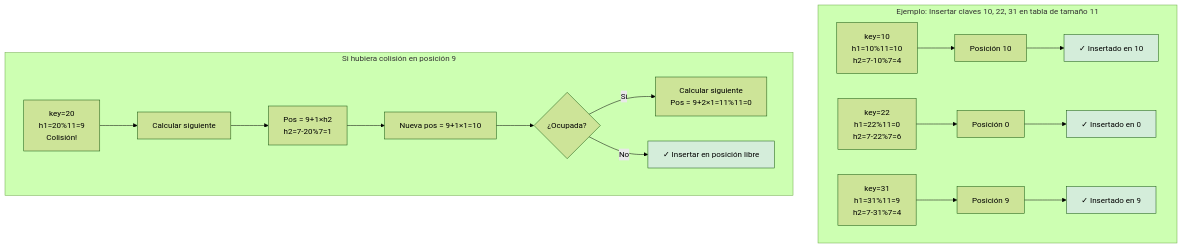
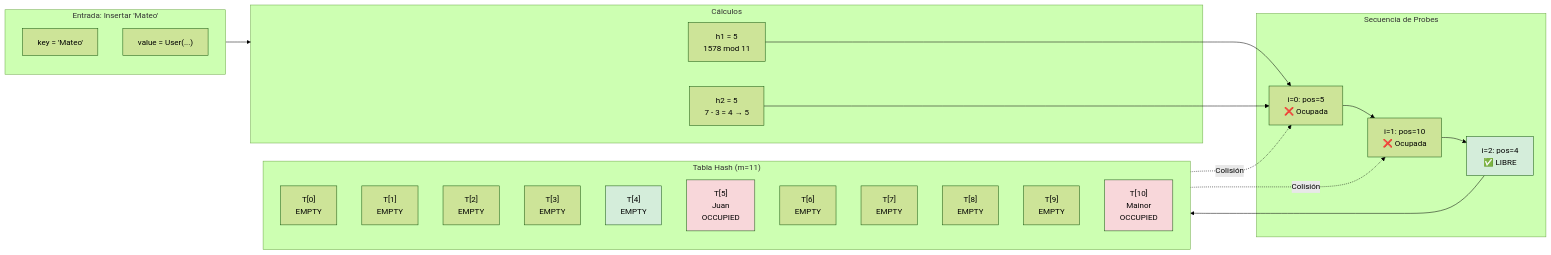
The third of 3 diagrams in README.md (Quantumquirkz/ED-II), drawn with Mermaid (forest theme) before and after one commit. The commit also changed other lines of this file and 1 other file, not shown here.

````diff
--- a/README.md
+++ b/README.md
@@ -511,26 +721,48 @@
 ```mermaid
-graph TD
-    subgraph "Ejemplo: Insertar claves 10, 22, 31 en tabla de tamaño 11"
-        A[key=10<br/>h1=10%11=10<br/>h2=7-10%7=4] --> A1[Posición 10]
-        B[key=22<br/>h1=22%11=0<br/>h2=7-22%7=6] --> B1[Posición 0]
-        C[key=31<br/>h1=31%11=9<br/>h2=7-31%7=4] --> C1[Posición 9]
-        
-        A1 --> A2[✓ Insertado en 10]
-        B1 --> B2[✓ Insertado en 0]
-        C1 --> C2[✓ Insertado en 9]
+graph LR
+    subgraph Input["Entrada: Insertar 'Mateo'"]
+        K["key = 'Mateo'"]
+        V["value = User(...)"]
     end
     
-    subgraph "Si hubiera colisión en posición 9"
-        D[key=20<br/>h1=20%11=9<br/>Colisión!] --> D1[Calcular siguiente]
-        D1 --> D2[Pos = 9+1×h2<br/>h2=7-20%7=1]
-        D2 --> D3[Nueva pos = 9+1×1=10]
-        D3 --> D4{¿Ocupada?}
-        D4 -->|Sí| D5[Calcular siguiente<br/>Pos = 9+2×1=11%11=0]
-        D4 -->|No| D6[✓ Insertar en posición libre]
+    subgraph Calc["Cálculos"]
+        H1["h1 = 5<br/>1578 mod 11"]
+        H2["h2 = 5<br/>7 - 3 = 4 → 5"]
     end
     
-    style A2 fill:#d4edda
-    style B2 fill:#d4edda
-    style C2 fill:#d4edda
-    style D6 fill:#d4edda
+    subgraph Table["Tabla Hash (m=11)"]
+        direction TB
+        T0["T[0]<br/>EMPTY"]
+        T1["T[1]<br/>EMPTY"]
+        T2["T[2]<br/>EMPTY"]
+        T3["T[3]<br/>EMPTY"]
+        T4["T[4]<br/>EMPTY"]
+        T5["T[5]<br/>Juan<br/>OCCUPIED"]
+        T6["T[6]<br/>EMPTY"]
+        T7["T[7]<br/>EMPTY"]
+        T8["T[8]<br/>EMPTY"]
+        T9["T[9]<br/>EMPTY"]
+        T10["T[10]<br/>Mainor<br/>OCCUPIED"]
+    end
+    
+    subgraph Probes["Secuencia de Probes"]
+        P0["i=0: pos=5<br/>❌ Ocupada"]
+        P1["i=1: pos=10<br/>❌ Ocupada"]
+        P2["i=2: pos=4<br/>✅ LIBRE"]
+    end
+    
+    Input --> Calc
+    H1 --> P0
+    H2 --> P0
+    P0 --> P1
+    P1 --> P2
+    P2 --> T4
+    
+    T5 -.->|Colisión| P0
+    T10 -.->|Colisión| P1
+    
+    style T4 fill:#d4edda
+    style T5 fill:#f8d7da
+    style T10 fill:#f8d7da
+    style P2 fill:#d4edda
 ```
````
